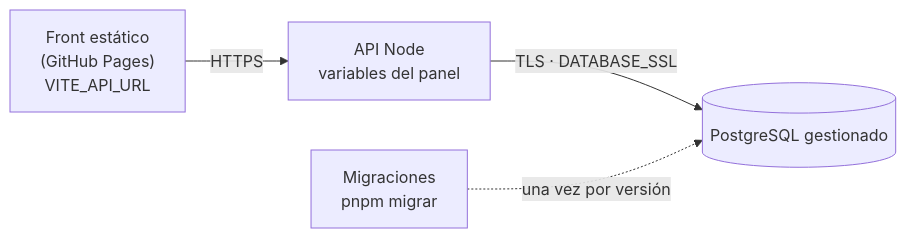
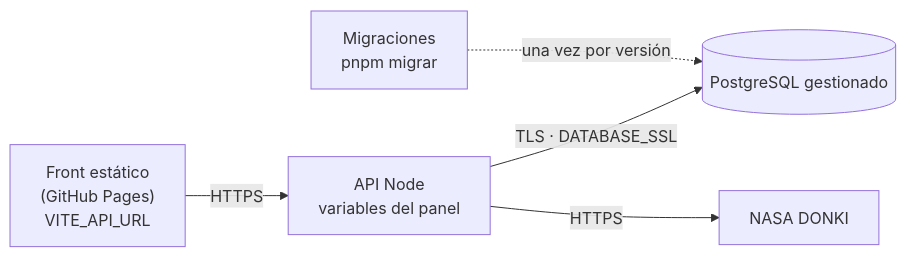
Before and after one commit to as9689138/juniorAstronautMissionTrainer_JIIMATZIN: the diagram in docs/06-produccion.md, drawn with Mermaid. The commit also changed other lines of this file and 29 other files, not shown here.

````diff
--- a/docs/06-produccion.md
+++ b/docs/06-produccion.md
@@ -40,6 +40,7 @@
 ```mermaid
 flowchart LR
     F["Front estático<br/>(GitHub Pages)<br/>VITE_API_URL"] -- "HTTPS" --> A["API Node<br/>variables del panel"]
     A -- "TLS · DATABASE_SSL" --> B[(PostgreSQL gestionado)]
     M["Migraciones<br/>pnpm migrar"] -. "una vez por versión" .-> B
+    A -- "HTTPS" --> D["NASA DONKI"]
 ```
````
